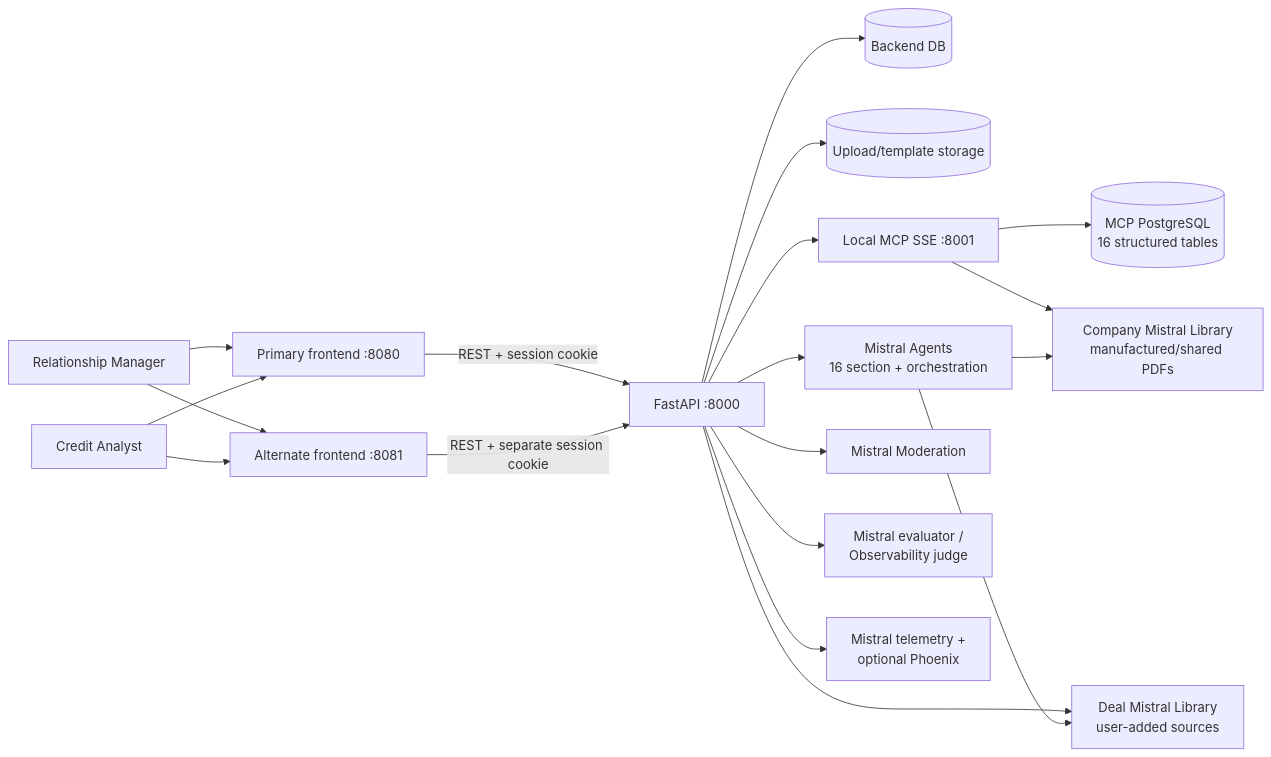
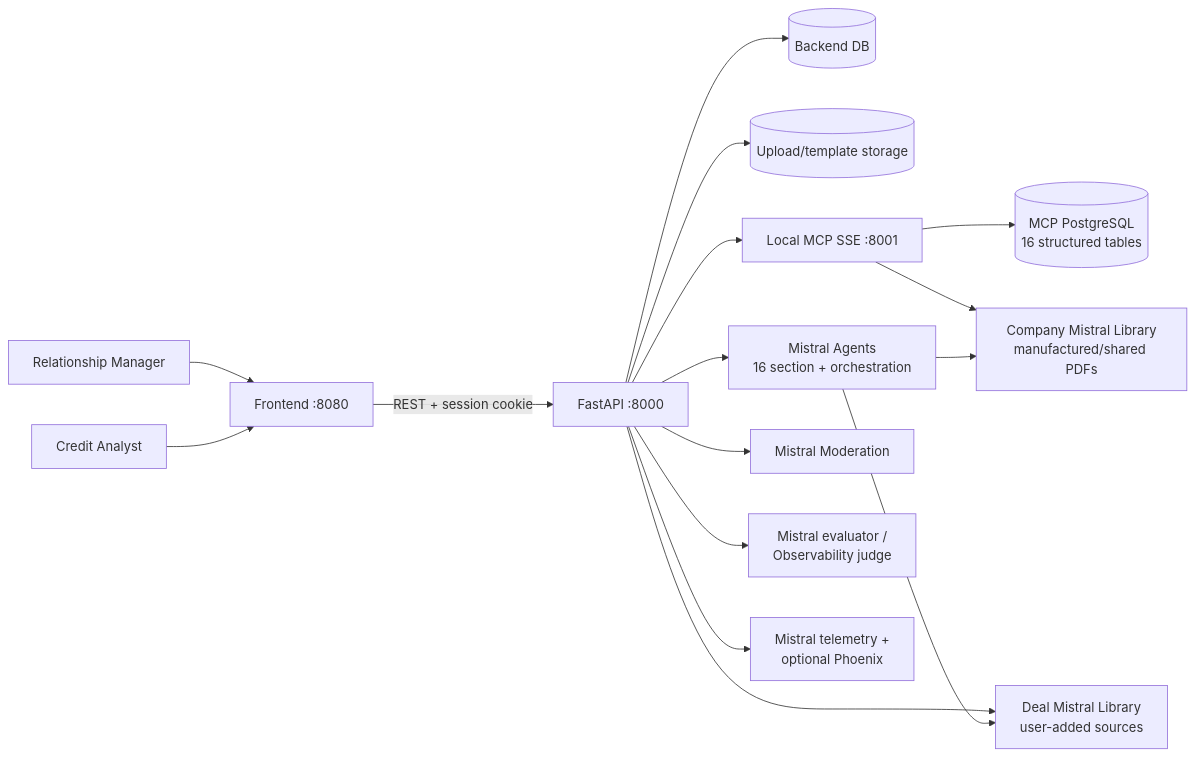
One commit to pb-roshith/credit-dossier-final-version- changed the first of 4 diagrams in architecture.md. Above: the diagram before and after it, drawn with Mermaid. The commit also changed other lines of this file and 122 other files, not shown here.

````diff
--- a/architecture.md
+++ b/architecture.md
@@ -7,25 +7,22 @@
 ```mermaid
 flowchart LR
-    RM[Relationship Manager] --> UI1[Primary frontend :8080]
+    RM[Relationship Manager] --> UI1[Frontend :8080]
     CA[Credit Analyst] --> UI1
-    RM --> UI2[Alternate frontend :8081]
-    CA --> UI2
 
     UI1 -->|REST + session cookie| API[FastAPI :8000]
-    UI2 -->|REST + separate session cookie| API
 
     API --> APPDB[(Backend DB)]
     API --> DISK[(Upload/template storage)]
     API --> MCP[Local MCP SSE :8001]
     MCP --> MCPDB[(MCP PostgreSQL\n16 structured tables)]
     MCP --> COMPANYLIB[Company Mistral Library\nmanufactured/shared PDFs]
 
     API --> DEAL_LIB[Deal Mistral Library\nuser-added sources]
     API --> AGENTS[Mistral Agents\n16 section + orchestration]
     API --> MOD[Mistral Moderation]
     API --> JUDGE[Mistral evaluator /\nObservability judge]
     API --> OTEL[Mistral telemetry +\noptional Phoenix]
 
     AGENTS --> COMPANYLIB
     AGENTS --> DEAL_LIB
 ```
````
